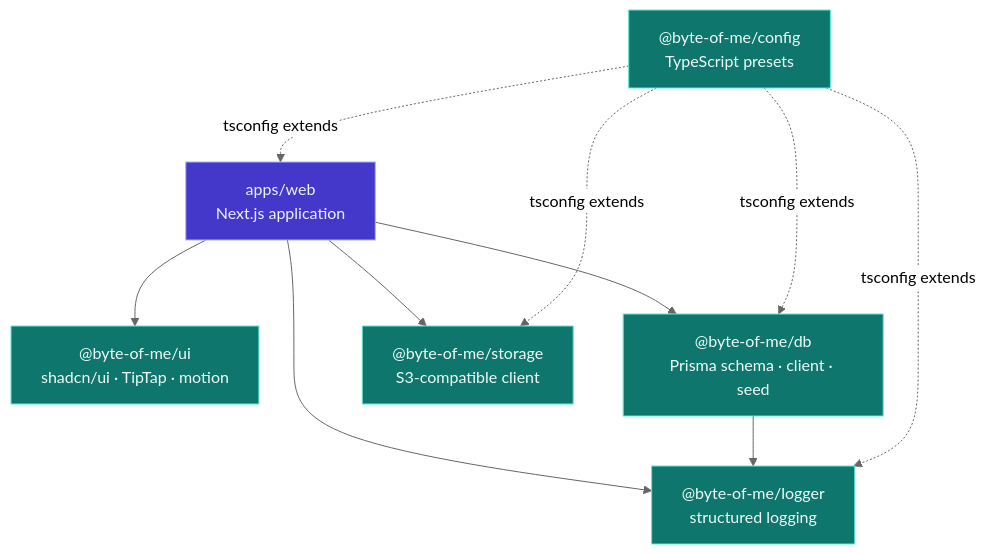
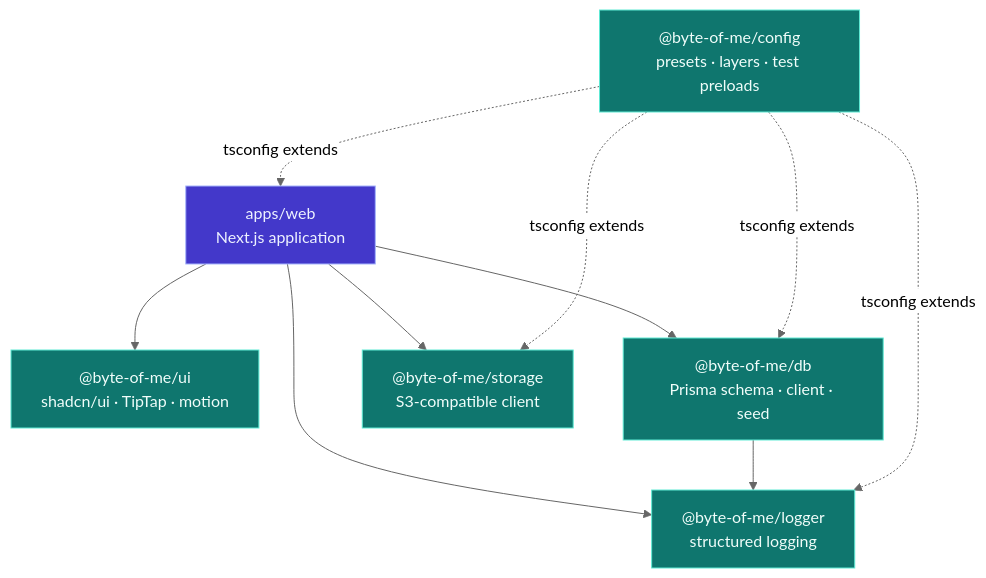
The second of 9 diagrams in docs/architecture.md (lthphuw/byte-of-me), drawn with Mermaid (neutral theme) before and after one commit. The commit also changed other lines of this file and 49 other files, not shown here.

````diff
--- a/docs/architecture.md
+++ b/docs/architecture.md
@@ -99,27 +99,27 @@
 ```mermaid
 flowchart TB
     WEB["apps/web<br/>Next.js application"]
 
     UI["@byte-of-me/ui<br/>shadcn/ui · TipTap · motion"]
     DB["@byte-of-me/db<br/>Prisma schema · client · seed"]
     ST["@byte-of-me/storage<br/>S3-compatible client"]
     LOG["@byte-of-me/logger<br/>structured logging"]
-    CFG["@byte-of-me/config<br/>TypeScript presets"]
+    CFG["@byte-of-me/config<br/>presets · layers · test preloads"]
 
     WEB --> UI
     WEB --> DB
     WEB --> ST
     WEB --> LOG
     DB --> LOG
 
     CFG -.->|"tsconfig extends"| WEB
     CFG -.->|"tsconfig extends"| DB
     CFG -.->|"tsconfig extends"| ST
     CFG -.->|"tsconfig extends"| LOG
 
     classDef app fill:#4338ca,stroke:#a5b4fc,color:#eef2ff
     classDef pkg fill:#0f766e,stroke:#5eead4,color:#f0fdfa
 
     class WEB app
     class UI,DB,ST,LOG,CFG pkg
 ```
````
